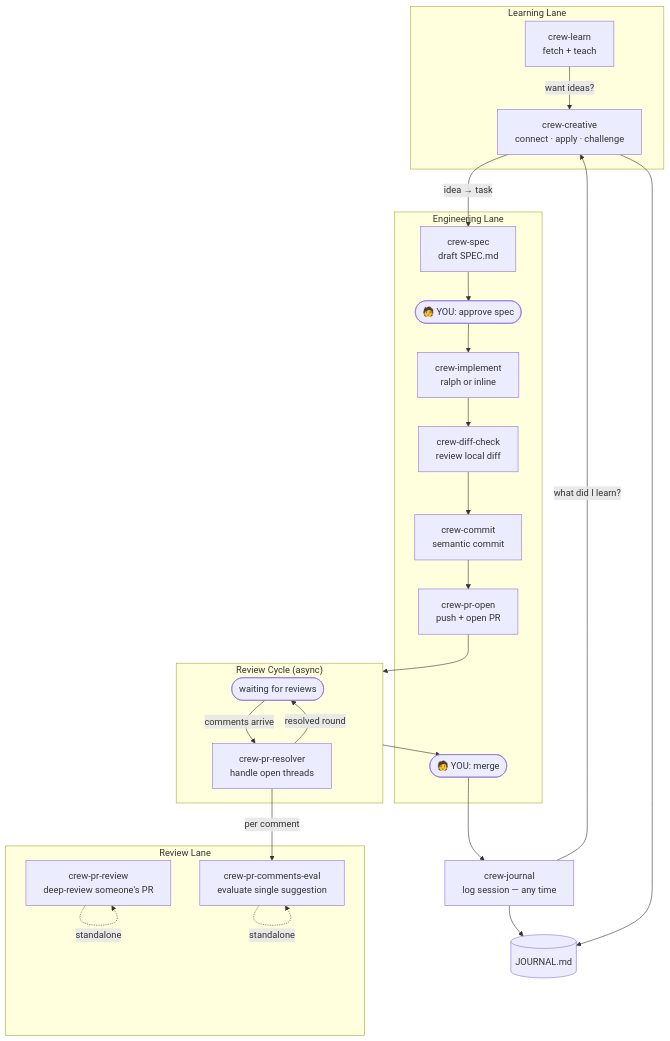
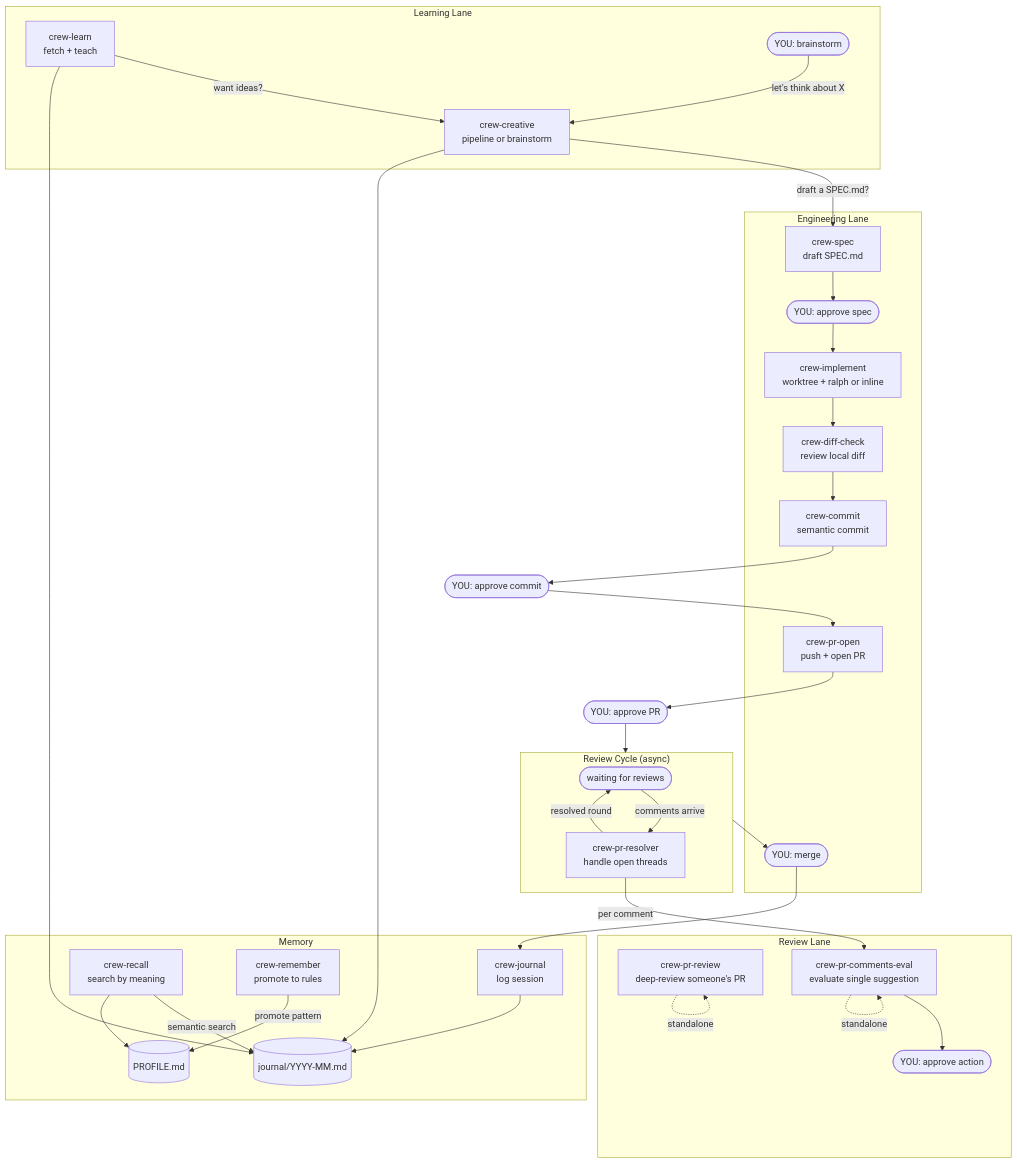
One commit to crespocarlos/el-capitan changed the diagram in README.md. Above: the diagram before and after it, drawn with Mermaid. The commit also changed other lines of this file and 21 other files, not shown here.

First line of the commit message:
feat(el-capitan): add memory system, brainstorm mode, and pipeline hardening

````diff
--- a/README.md
+++ b/README.md
@@ -9,45 +9,60 @@
 ```mermaid
 flowchart TD
     subgraph learning ["Learning Lane"]
         learn["crew-learn\nfetch + teach"]
-        creative["crew-creative\nconnect · apply · challenge"]
+        creative["crew-creative\npipeline or brainstorm"]
         learn -->|"want ideas?"| creative
+        you(["YOU: brainstorm"]) -->|"let's think about X"| creative
     end
 
     subgraph engineering ["Engineering Lane"]
         spec["crew-spec\ndraft SPEC.md"]
-        approve(["🧑 YOU: approve spec"])
-        implement["crew-implement\nralph or inline"]
+        approve(["YOU: approve spec"])
+        implement["crew-implement\nworktree + ralph or inline"]
         diffcheck["crew-diff-check\nreview local diff"]
         commit["crew-commit\nsemantic commit"]
         propen["crew-pr-open\npush + open PR"]
-        merge(["🧑 YOU: merge"])
+        merge(["YOU: merge"])
     end
 
     subgraph reviewCycle ["Review Cycle (async)"]
         waiting(["waiting for reviews"])
         resolver["crew-pr-resolver\nhandle open threads"]
         waiting -->|"comments arrive"| resolver
         resolver -->|"resolved round"| waiting
     end
 
     subgraph review ["Review Lane"]
         prreview["crew-pr-review\ndeep-review someone's PR"]
         eval["crew-pr-comments-eval\nevaluate single suggestion"]
+        approveEval(["YOU: approve action"])
+        eval --> approveEval
     end
 
-    journal["crew-journal\nlog session — any time"]
-    journalmd[("JOURNAL.md")]
+    subgraph memory ["Memory"]
+        journal["crew-journal\nlog session"]
+        recall["crew-recall\nsearch by meaning"]
+        remember["crew-remember\npromote to rules"]
+        journalFiles[("journal/YYYY-MM.md")]
+        profile[("PROFILE.md")]
+    end
 
-    creative -->|"idea → task"| spec
-    spec --> approve --> implement --> diffcheck --> commit --> propen --> reviewCycle --> merge
+    creative -->|"draft a SPEC.md?"| spec
+    spec --> approve --> implement --> diffcheck --> commit
+    commit --> approveCommit(["YOU: approve commit"])
+    approveCommit --> propen
+    propen --> approvePR(["YOU: approve PR"])
+    approvePR --> reviewCycle --> merge
 
     prreview -.->|"standalone"| prreview
     eval -.->|"standalone"| eval
     resolver -->|"per comment"| eval
 
     merge --> journal
-    journal --> journalmd
-    creative --> journalmd
-    journal -->|"what did I learn?"| creative
+    journal --> journalFiles
+    learn --> journalFiles
+    creative --> journalFiles
+    recall -->|"semantic search"| journalFiles
+    recall --> profile
+    remember -->|"promote pattern"| profile
 ```
````
